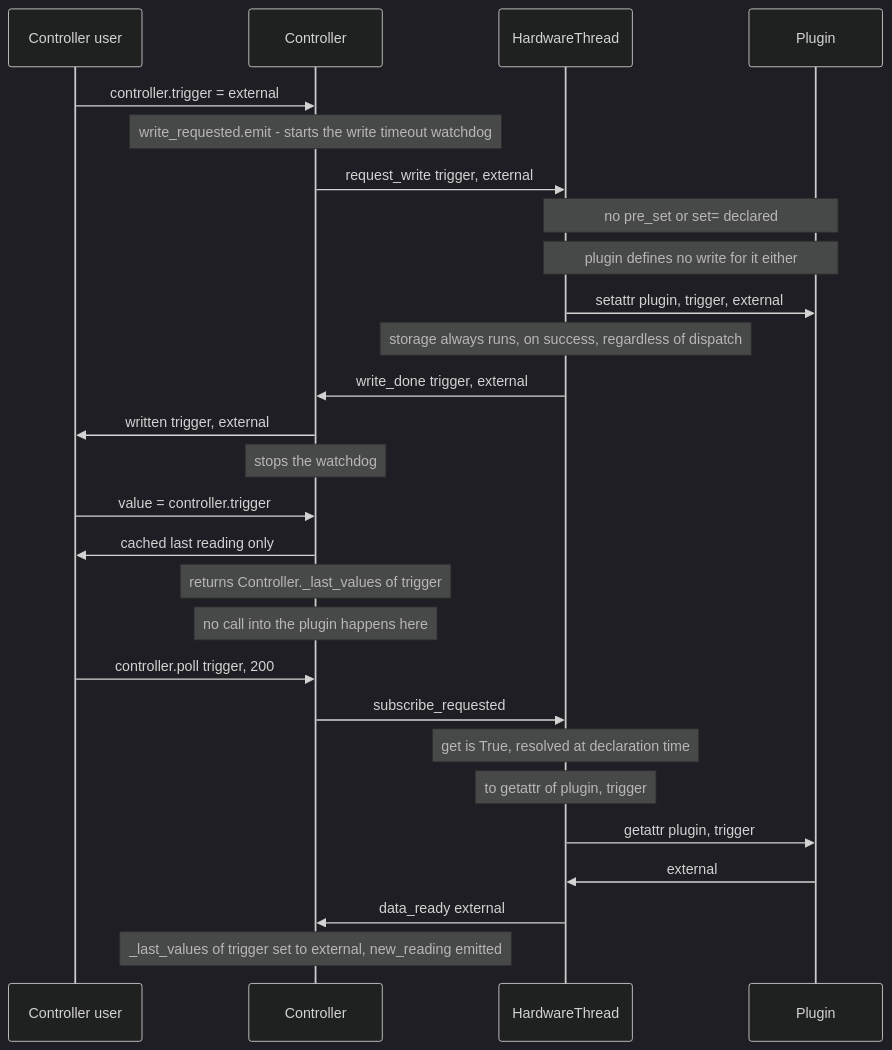
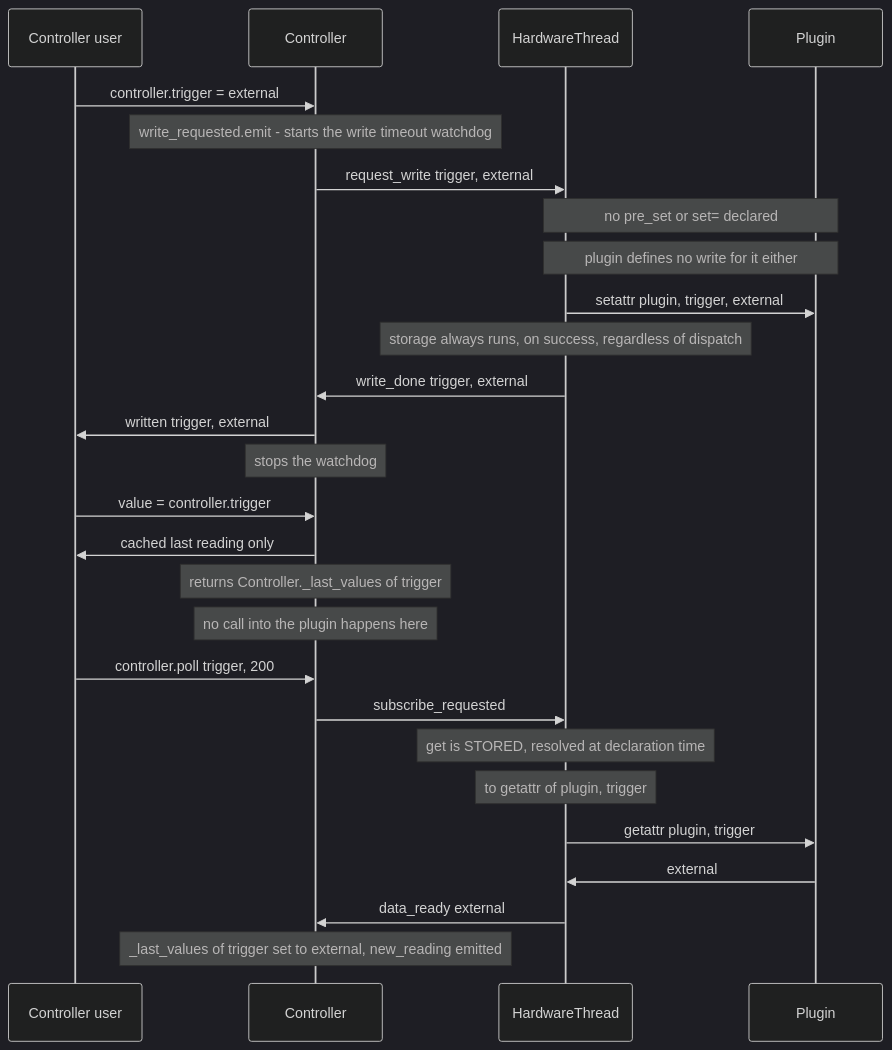
One commit to PyMoDAQ/PyMoDAQ changed the second of 2 diagrams in packages/pymodaq/src/pymodaq/control_modules/hardware/README.md. Above: the diagram before and after it, drawn with Mermaid (dark theme). The commit also changed other lines of this file and 7 other files, not shown here.

First line of the commit message:
pymodaq: get=STORED replaces get=True; a readback never copies the control's get

````diff
--- a/packages/pymodaq/src/pymodaq/control_modules/hardware/README.md
+++ b/packages/pymodaq/src/pymodaq/control_modules/hardware/README.md
@@ -100,32 +100,32 @@
 ```mermaid
 sequenceDiagram
     participant Caller as Controller user
     participant C as Controller
     participant T as HardwareThread
     participant P as Plugin
 
     Caller->>C: controller.trigger = external
     Note over C: write_requested.emit - starts the write timeout watchdog
     C->>T: request_write trigger, external
     Note over T,P: no pre_set or set= declared
     Note over T,P: plugin defines no write for it either
     T->>P: setattr plugin, trigger, external
     Note over T: storage always runs, on success, regardless of dispatch
     T->>C: write_done trigger, external
     C->>Caller: written trigger, external
     Note over C: stops the watchdog
 
     Caller->>C: value = controller.trigger
     C->>Caller: cached last reading only
     Note over C: returns Controller._last_values of trigger
     Note over C: no call into the plugin happens here
 
     Caller->>C: controller.poll trigger, 200
     C->>T: subscribe_requested
-    Note over T: get is True, resolved at declaration time
+    Note over T: get is STORED, resolved at declaration time
     Note over T: to getattr of plugin, trigger
     T->>P: getattr plugin, trigger
     P->>T: external
     T->>C: data_ready external
     Note over C: _last_values of trigger set to external, new_reading emitted
 ```
````
